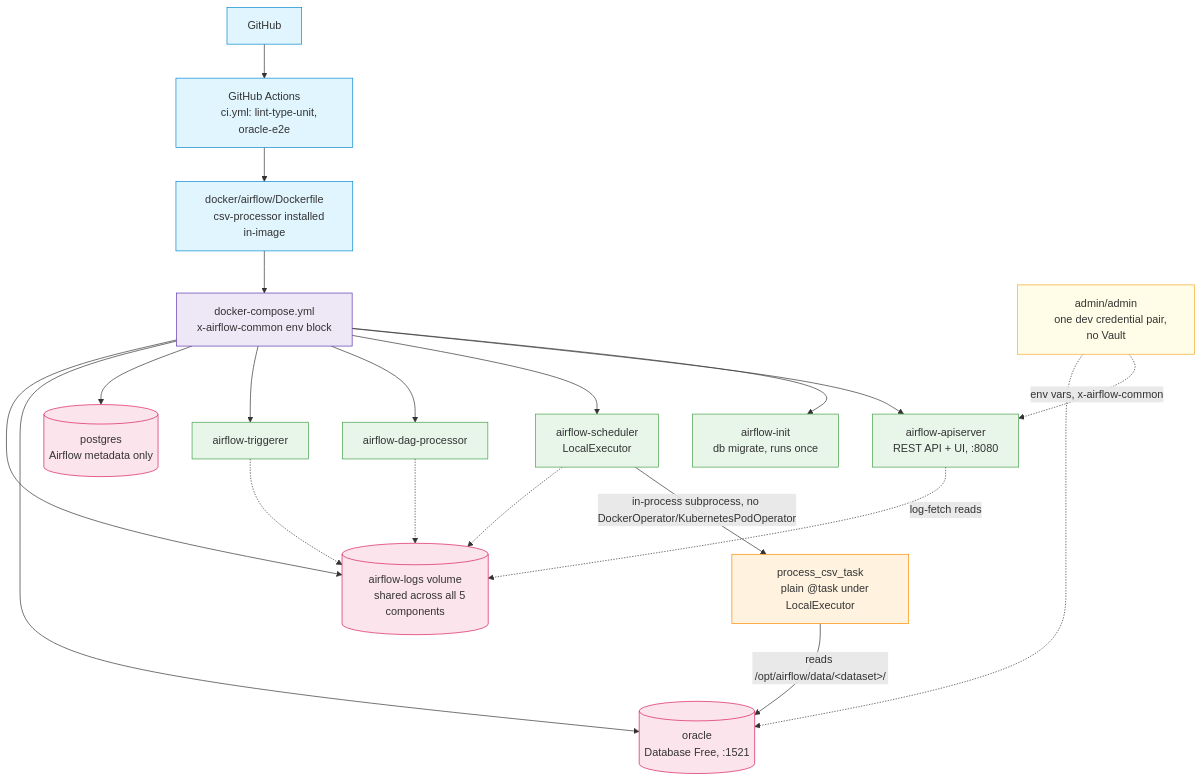
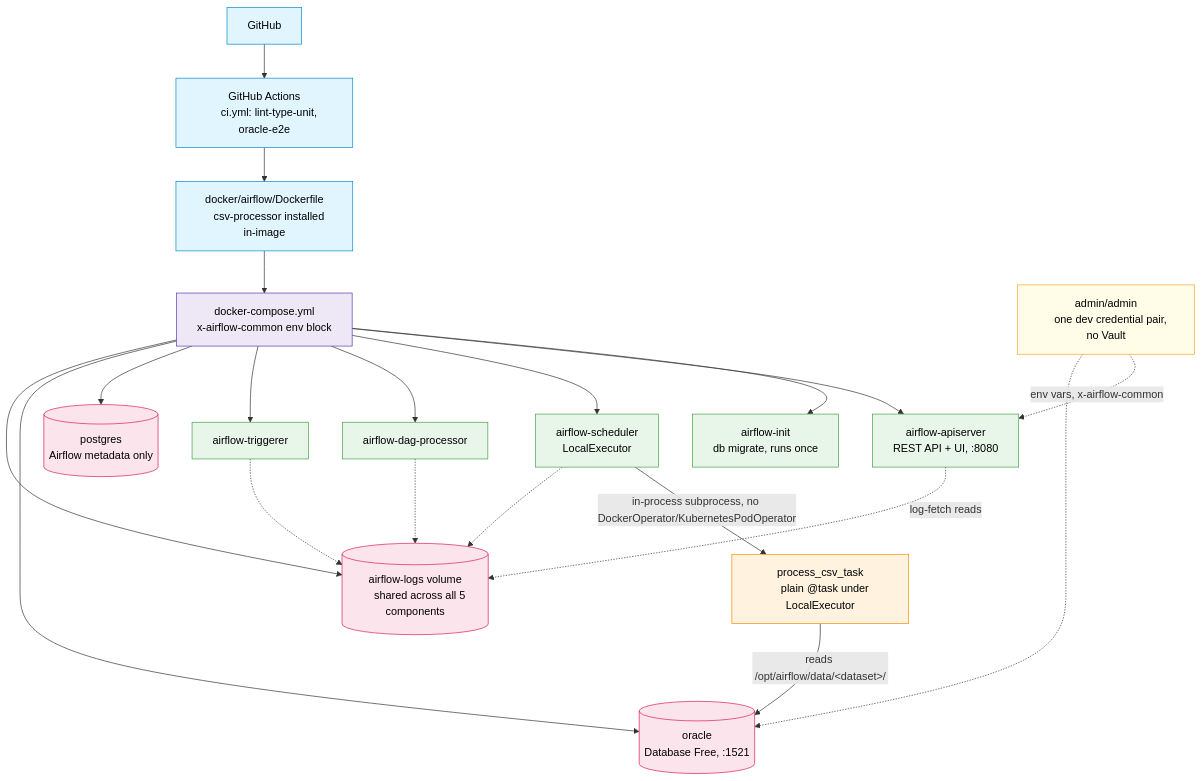
One commit to KonuTech/lightweight-airflow-etl changed the first of 2 diagrams in README.md. Above: the diagram before and after it, drawn with Mermaid. The commit also changed other lines of this file, not shown here.

Commit message:
docs(readme): set mermaid node text to black for readability

````diff
--- a/README.md
+++ b/README.md
@@ -61,51 +61,51 @@
 ```mermaid
 flowchart TD
     GH["GitHub"] --> GHA["GitHub Actions
     ci.yml: lint-type-unit, oracle-e2e"]
     GHA --> IMG["docker/airflow/Dockerfile
     csv-processor installed in-image"]
     IMG --> COMPOSE["docker-compose.yml
     x-airflow-common env block"]
 
     COMPOSE --> INIT["airflow-init
     db migrate, runs once"]
     COMPOSE --> API["airflow-apiserver
     REST API + UI, :8080"]
     COMPOSE --> SCHED["airflow-scheduler
     LocalExecutor"]
     COMPOSE --> DAGP["airflow-dag-processor"]
     COMPOSE --> TRIG["airflow-triggerer"]
     COMPOSE --> PG[("postgres
     Airflow metadata only")]
     COMPOSE --> ORA[("oracle
     Database Free, :1521")]
     COMPOSE --> LOGS[("airflow-logs volume
     shared across all 5 components")]
 
     SCHED -->|"in-process subprocess, no DockerOperator/KubernetesPodOperator"| TASK["process_csv_task
     plain @task under LocalExecutor"]
     TASK -->|"reads /opt/airflow/data/&lt;dataset&gt;/"| ORA
 
     API -.->|"log-fetch reads"| LOGS
     SCHED -.-> LOGS
     DAGP -.-> LOGS
     TRIG -.-> LOGS
 
     CRED["admin/admin
     one dev credential pair, no Vault"] -.->|"env vars, x-airflow-common"| API
     CRED -.-> ORA
 
-    classDef ci fill:#e1f5fe,stroke:#0288d1
-    classDef compose fill:#ede7f6,stroke:#5e35b1
-    classDef airflow fill:#e8f5e9,stroke:#43a047
-    classDef compute fill:#fff3e0,stroke:#fb8c00
-    classDef storage fill:#fce4ec,stroke:#d81b60
-    classDef creds fill:#fffde7,stroke:#f9a825
+    classDef ci fill:#e1f5fe,stroke:#0288d1,color:#000000
+    classDef compose fill:#ede7f6,stroke:#5e35b1,color:#000000
+    classDef airflow fill:#e8f5e9,stroke:#43a047,color:#000000
+    classDef compute fill:#fff3e0,stroke:#fb8c00,color:#000000
+    classDef storage fill:#fce4ec,stroke:#d81b60,color:#000000
+    classDef creds fill:#fffde7,stroke:#f9a825,color:#000000
 
     class GH,GHA,IMG ci
     class COMPOSE compose
     class INIT,API,SCHED,DAGP,TRIG airflow
     class TASK compute
     class PG,ORA,LOGS storage
     class CRED creds
 ```
````
